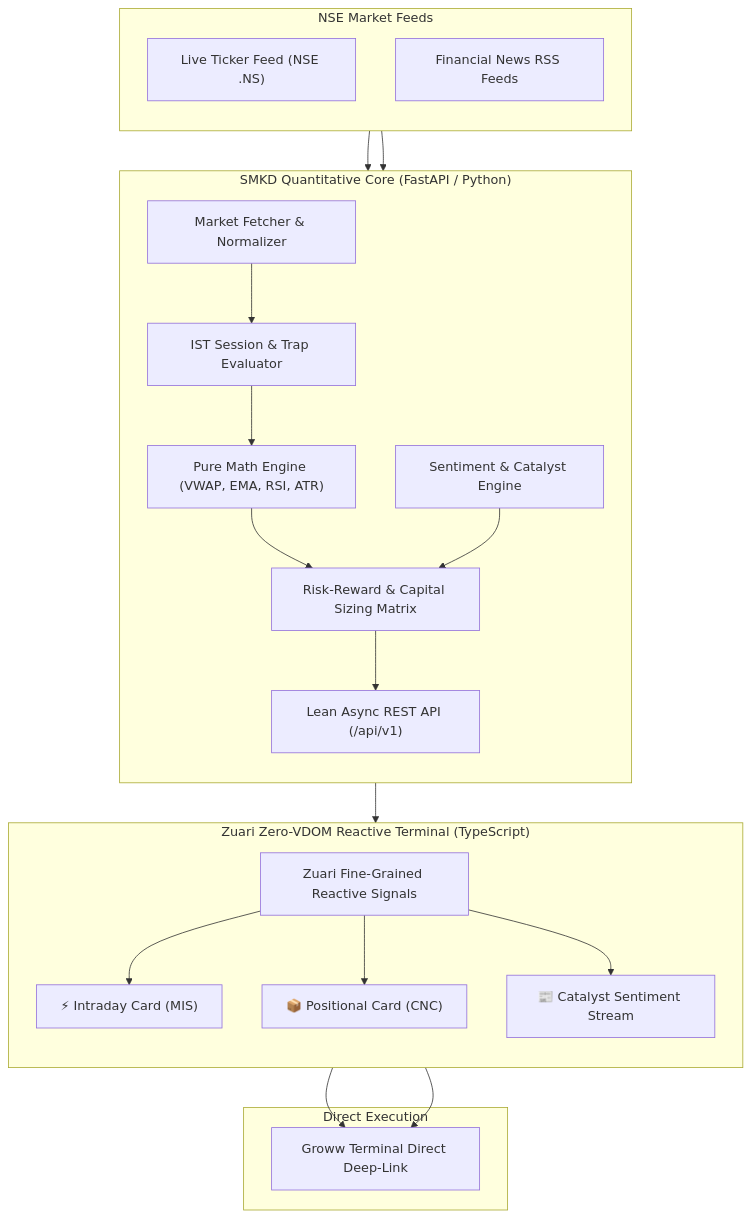
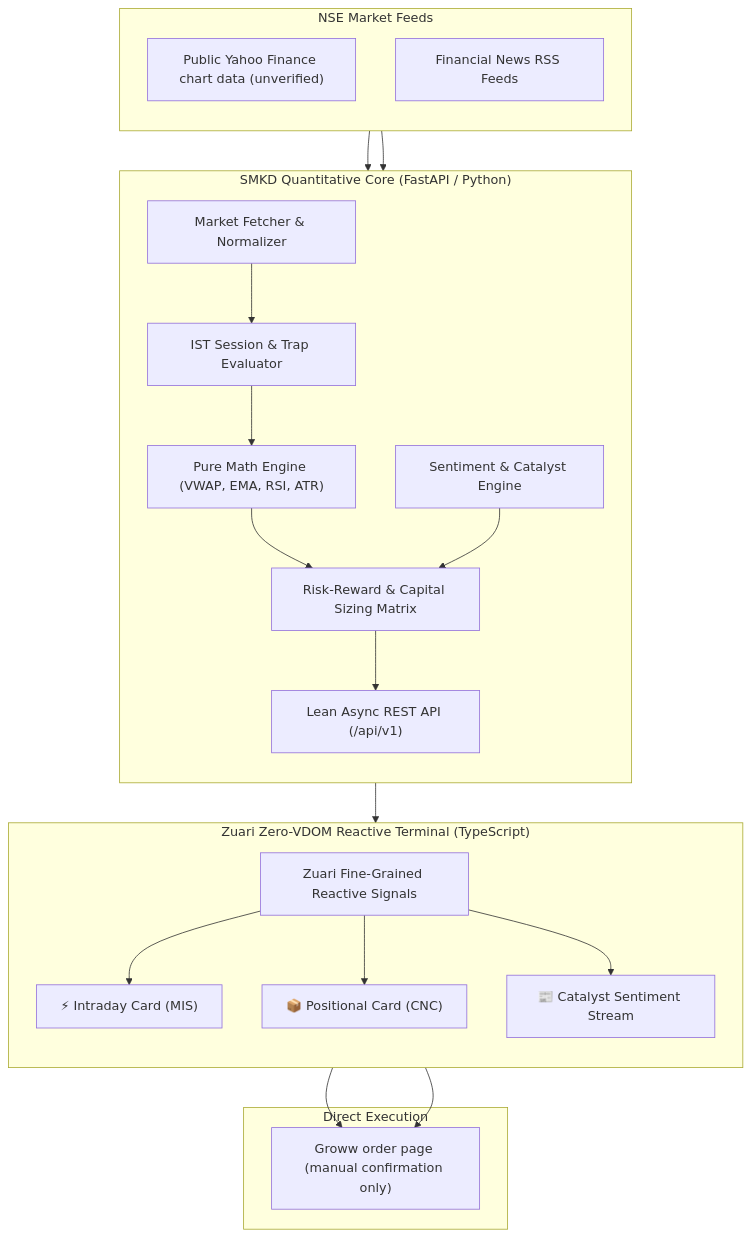
One commit to Lord-Nosh/STOCK-MARKET-KA-DON changed the diagram in README.md. Above: the diagram before and after it, drawn with Mermaid. The commit also changed other lines of this file, not shown here.

Commit message:
Clarify fork ownership and research-only trading status

````diff
--- a/README.md
+++ b/README.md
@@ -98,41 +100,41 @@
 ```mermaid
 flowchart TD
     subgraph MarketData ["NSE Market Feeds"]
         direction TB
-        NSE["Live Ticker Feed (NSE .NS)"]
+        NSE["Public Yahoo Finance chart data (unverified)"]
         NEWS["Financial News RSS Feeds"]
     end
 
     subgraph Backend ["SMKD Quantitative Core (FastAPI / Python)"]
         direction TB
         Fetcher["Market Fetcher & Normalizer"]
         Sessions["IST Session & Trap Evaluator"]
         Technicals["Pure Math Engine (VWAP, EMA, RSI, ATR)"]
         NLP["Sentiment & Catalyst Engine"]
         Calculator["Risk-Reward & Capital Sizing Matrix"]
         Router["Lean Async REST API (/api/v1)"]
     end
 
     subgraph Frontend ["Zuari Zero-VDOM Reactive Terminal (TypeScript)"]
         direction TB
         SignalsStore["Zuari Fine-Grained Reactive Signals"]
         UI_Intraday["⚡ Intraday Card (MIS)"]
         UI_Delivery["📦 Positional Card (CNC)"]
         UI_News["📰 Catalyst Sentiment Stream"]
     end
 
     subgraph Execution ["Direct Execution"]
-        Groww["Groww Terminal Direct Deep-Link"]
+        Groww["Groww order page (manual confirmation only)"]
     end
 
     NSE --> Fetcher
     NEWS --> NLP
     Fetcher --> Sessions --> Technicals --> Calculator --> Router
     NLP --> Calculator
     Router --> SignalsStore
     SignalsStore --> UI_Intraday
     SignalsStore --> UI_Delivery
     SignalsStore --> UI_News
     UI_Intraday --> Groww
     UI_Delivery --> Groww
 ```
````
